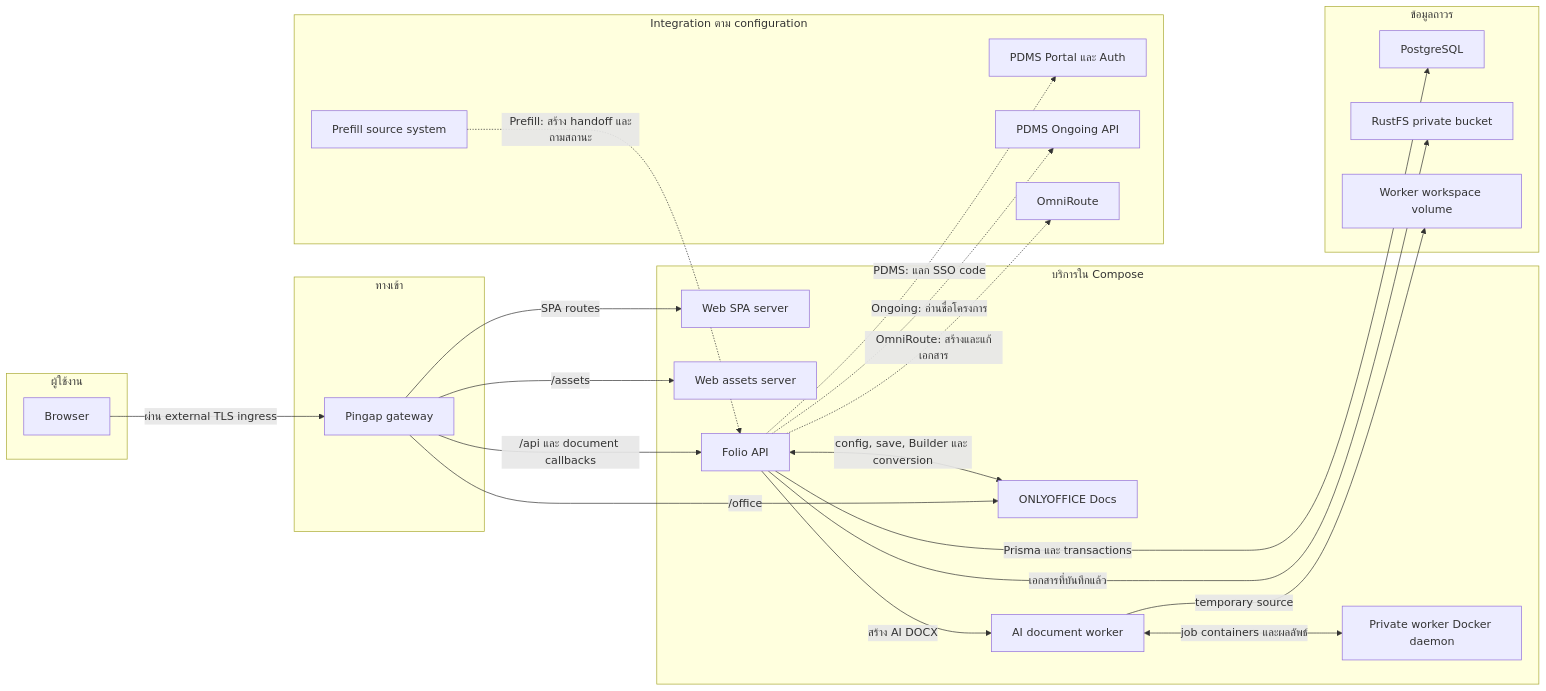
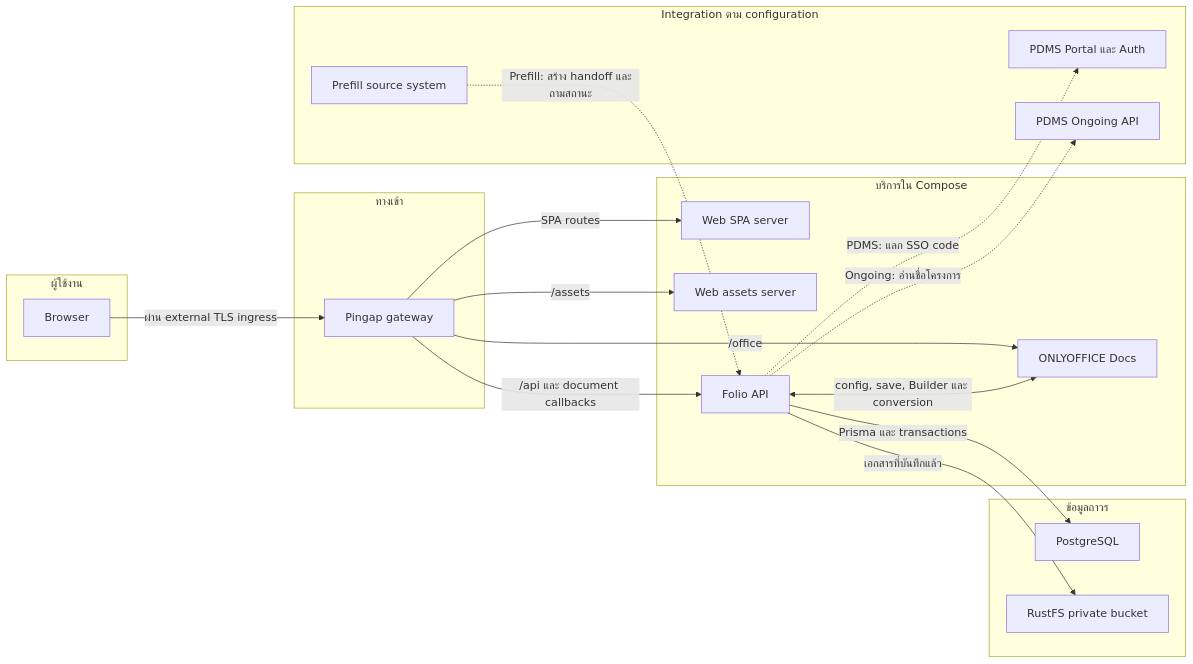
Before and after one commit to AquilaStudio2/folio-forms: diagram 12 of 22 in .scratch/system-workflow/system-map.md, drawn with Mermaid. The commit also changed other lines of this file and 145 other files, not shown here.

````diff
--- a/.scratch/system-workflow/system-map.md
+++ b/.scratch/system-workflow/system-map.md
@@ -974,43 +963,35 @@
 ```mermaid
 flowchart LR
     subgraph client ["ผู้ใช้งาน"]
         browser["Browser"]
     end
     subgraph gateway ["ทางเข้า"]
         pingap["Pingap gateway"]
     end
     subgraph service ["บริการใน Compose"]
         web["Web SPA server"]
         assets["Web assets server"]
         api["Folio API"]
         office["ONLYOFFICE Docs"]
-        worker["AI document worker"]
-        daemon["Private worker Docker daemon"]
     end
     subgraph datastore ["ข้อมูลถาวร"]
         postgres["PostgreSQL"]
         rustfs["RustFS private bucket"]
-        workspace["Worker workspace volume"]
     end
     subgraph external ["Integration ตาม configuration"]
         pdms["PDMS Portal และ Auth"]
         ongoing["PDMS Ongoing API"]
-        omni["OmniRoute"]
         prefill["Prefill source system"]
     end
     browser -->|"ผ่าน external TLS ingress"| pingap
     pingap -->|"SPA routes"| web
     pingap -->|"/assets"| assets
     pingap -->|"/api และ document callbacks"| api
     pingap -->|"/office"| office
     api -->|"Prisma และ transactions"| postgres
     api -->|"เอกสารที่บันทึกแล้ว"| rustfs
     api <-->|"config, save, Builder และ conversion"| office
-    api -->|"สร้าง AI DOCX"| worker
-    worker <-->|"job containers และผลลัพธ์"| daemon
-    worker -->|"temporary source"| workspace
     api -.->|"PDMS: แลก SSO code"| pdms
     api -.->|"Ongoing: อ่านชื่อโครงการ"| ongoing
-    api -.->|"OmniRoute: สร้างและแก้เอกสาร"| omni
     prefill -.->|"Prefill: สร้าง handoff และถามสถานะ"| api
 ```
````
